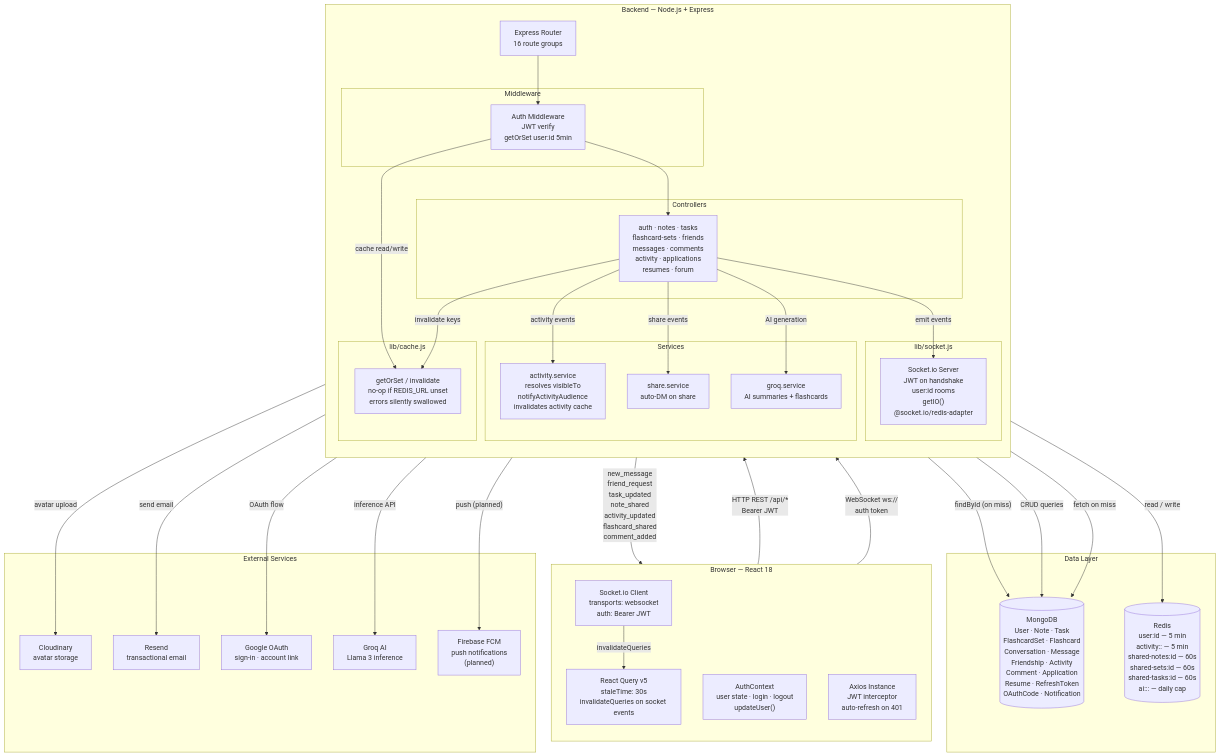
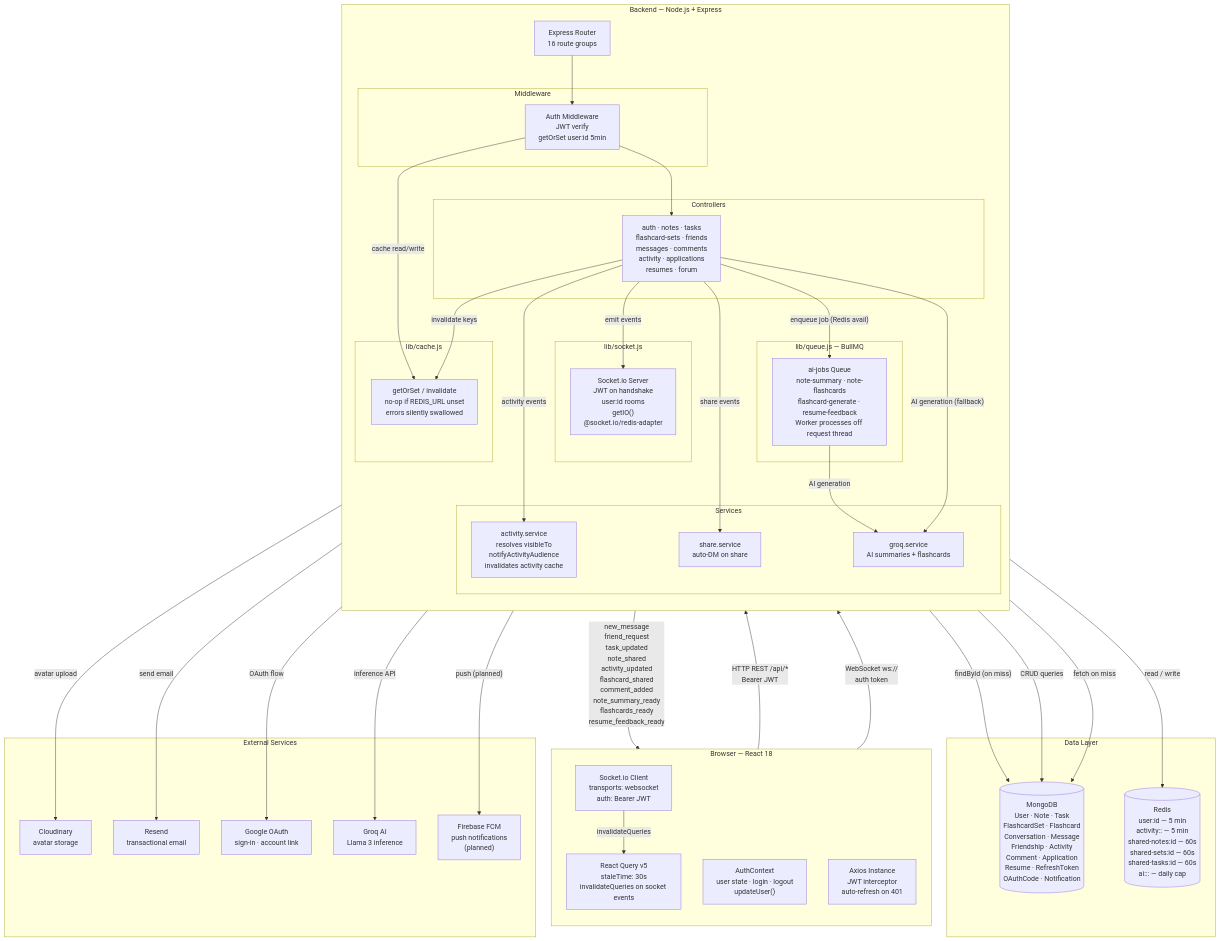
Before and after one commit to JustinBurrell/continuum: the first of 4 diagrams in docs/backend/system-design.md, drawn with Mermaid. The commit also changed 3 other files, not shown here.

Commit message:
docs: update docs for step 8 — AI job queue

```diff
--- a/docs/backend/system-design.md
+++ b/docs/backend/system-design.md
@@ -28,6 +28,10 @@
             ACT_SVC["activity.service\nresolves visibleTo\nnotifyActivityAudience\ninvalidates activity cache"]
             SHARE_SVC["share.service\nauto-DM on share"]
             GROQ_SVC["groq.service\nAI summaries + flashcards"]
+        end
+
+        subgraph QUEUE["lib/queue.js — BullMQ"]
+            AQ["ai-jobs Queue\nnote-summary · note-flashcards\nflashcard-generate · resume-feedback\nWorker processes off request thread"]
         end
 
         subgraph REALTIME["lib/socket.js"]
@@ -62,12 +66,14 @@
     %% Controllers use services + socket + cache
     CC -- "activity events" --> ACT_SVC
     CC -- "share events" --> SHARE_SVC
-    CC -- "AI generation" --> GROQ_SVC
+    CC -- "enqueue job (Redis avail)" --> AQ
+    AQ -- "AI generation" --> GROQ_SVC
+    CC -- "AI generation (fallback)" --> GROQ_SVC
     CC -- "emit events" --> IO
     CC -- "invalidate keys" --> REDIS_LIB
 
     %% Socket pushes to client
-    IO -- "new_message\nfriend_request\ntask_updated\nnote_shared\nactivity_updated\nflashcard_shared\ncomment_added" --> SC
+    IO -- "new_message\nfriend_request\ntask_updated\nnote_shared\nactivity_updated\nflashcard_shared\ncomment_added\nnote_summary_ready\nflashcards_ready\nresume_feedback_ready" --> SC
 
     %% Client reacts
     SC -- "invalidateQueries" --> RQ
```
